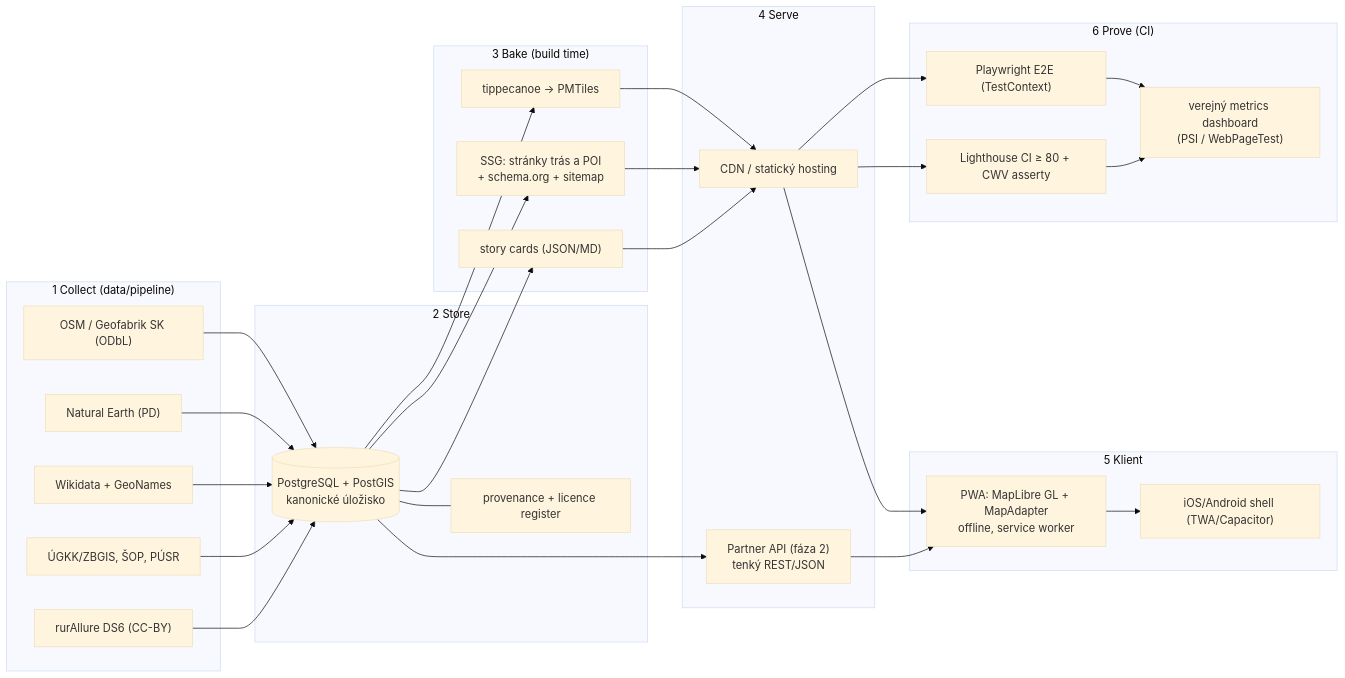
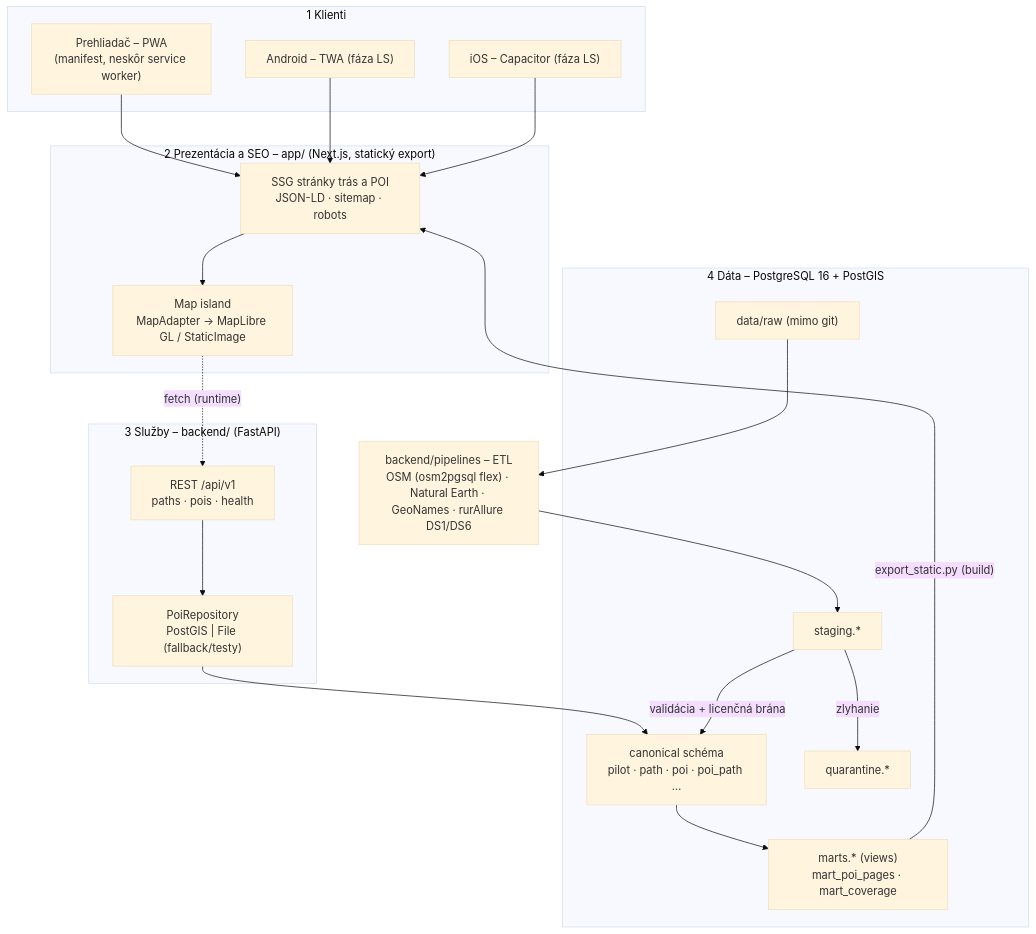
Before and after one commit to team-17-fiit/sats-seo-gis: the first of 2 diagrams in docs/architecture/ARCHITECTURE.md, drawn with Mermaid (base theme). The commit also changed other lines of this file and 5 other files, not shown here.

First line of the commit message:
docs(architecture): target architecture and ADR-0002..0005

````diff
--- a/docs/architecture/ARCHITECTURE.md
+++ b/docs/architecture/ARCHITECTURE.md
@@ -11,58 +22,40 @@
 ```mermaid
-flowchart LR
-  subgraph COLLECT["1 Collect (data/pipeline)"]
-    OSM["OSM / Geofabrik SK (ODbL)"]
-    NE["Natural Earth (PD)"]
-    WD["Wikidata + GeoNames"]
-    OFF["ÚGKK/ZBGIS, ŠOP, PÚSR"]
-    RUR["rurAllure DS6 (CC-BY)"]
+flowchart TB
+  subgraph L1["1 Klienti"]
+    PWA["Prehliadač – PWA<br/>(manifest, neskôr service worker)"]
+    TWA["Android – TWA (fáza LS)"]
+    CAP["iOS – Capacitor (fáza LS)"]
   end
 
-  subgraph STORE["2 Store"]
-    PG[("PostgreSQL + PostGIS<br/>kanonické úložisko")]
-    PROV["provenance + licence register"]
+  subgraph L2["2 Prezentácia a SEO – app/ (Next.js, statický export)"]
+    SSG["SSG stránky trás a POI<br/>JSON-LD · sitemap · robots"]
+    MAP["Map island<br/>MapAdapter → MapLibre GL / StaticImage"]
   end
 
-  subgraph BAKE["3 Bake (build time)"]
-    TIP["tippecanoe → PMTiles"]
-    SSG["SSG: stránky trás a POI<br/>+ schema.org + sitemap"]
-    JSON["story cards (JSON/MD)"]
+  subgraph L3["3 Služby – backend/ (FastAPI)"]
+    API["REST /api/v1<br/>paths · pois · health"]
+    REPO["PoiRepository<br/>PostGIS | File (fallback/testy)"]
   end
 
-  subgraph SERVE["4 Serve"]
-    CDN["CDN / statický hosting"]
-    API["Partner API (fáza 2)<br/>tenký REST/JSON"]
+  subgraph L4["4 Dáta – PostgreSQL 16 + PostGIS"]
+    RAW["data/raw (mimo git)"]
+    STG["staging.*"]
+    CAN["canonical schéma<br/>pilot · path · poi · poi_path …"]
+    MART["marts.* (views)<br/>mart_poi_pages · mart_coverage"]
+    Q["quarantine.*"]
   end
 
-  subgraph CLIENT["5 Klient"]
-    PWA["PWA: MapLibre GL + MapAdapter<br/>offline, service worker"]
-    SHELL["iOS/Android shell (TWA/Capacitor)"]
-  end
+  ETL["backend/pipelines – ETL<br/>OSM (osm2pgsql flex) · Natural Earth · GeoNames · rurAllure DS1/DS6"]
 
-  subgraph PROVE["6 Prove (CI)"]
-    E2E["Playwright E2E (TestContext)"]
-    LHCI["Lighthouse CI ≥ 80 + CWV asserty"]
-    DASH["verejný metrics dashboard<br/>(PSI / WebPageTest)"]
-  end
-
-  OSM --> PG
-  NE --> PG
-  WD --> PG
-  OFF --> PG
-  RUR --> PG
-  PG --- PROV
-  PG --> TIP
-  PG --> SSG
-  PG --> JSON
-  TIP --> CDN
-  SSG --> CDN
-  JSON --> CDN
-  PG --> API
-  CDN --> PWA
-  API --> PWA
-  PWA --> SHELL
-  CDN --> E2E
-  CDN --> LHCI
-  E2E --> DASH
-  LHCI --> DASH
+  PWA --> SSG
+  TWA --> SSG
+  CAP --> SSG
+  SSG --> MAP
+  MAP -. "fetch (runtime)" .-> API
+  API --> REPO --> CAN
+  RAW --> ETL --> STG
+  STG -- "validácia + licenčná brána" --> CAN
+  STG -- "zlyhanie" --> Q
+  CAN --> MART
+  MART -- "export_static.py (build)" --> SSG
 ```
````
